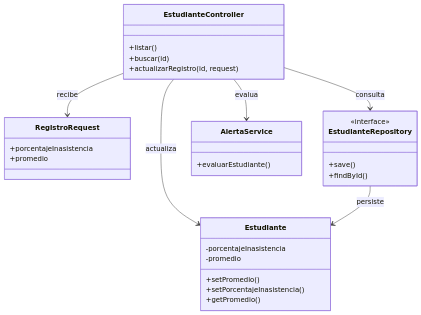
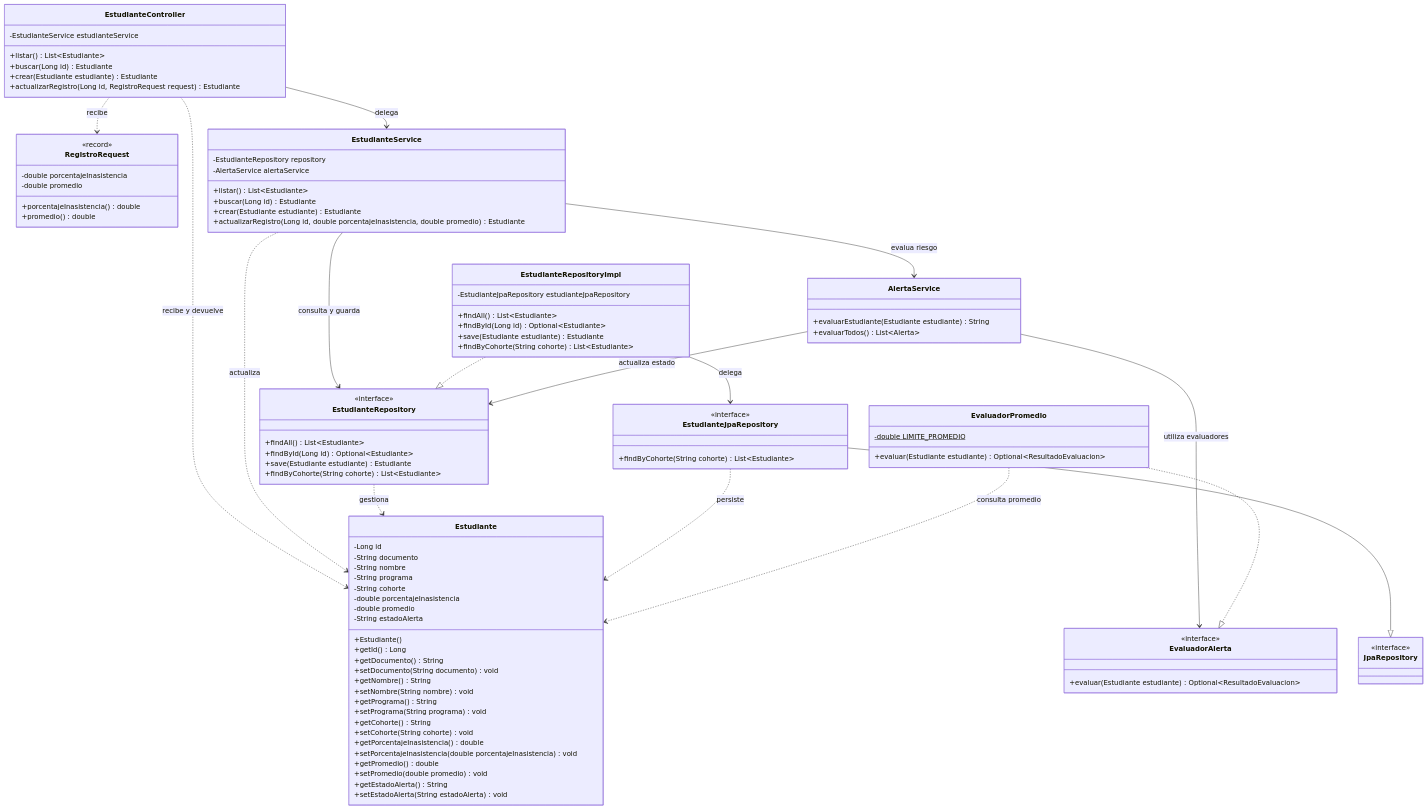
Before and after one commit to darwinvf2765/SATE-UNIAJC: the first of 6 diagrams in docs/diagramas/CLASES_HU05.md, drawn with Mermaid. The commit also changed other lines of this file, not shown here.

Commit message:
docs: actualizar diagrama UML HU05 con arquitectura evolutiva de la sesion 13

````diff
--- a/docs/diagramas/CLASES_HU05.md
+++ b/docs/diagramas/CLASES_HU05.md
@@ -21,37 +107,114 @@
     direction TB
 
     class EstudianteController {
-        +listar()
-        +buscar(id)
-        +actualizarRegistro(id, request)
+        -EstudianteService estudianteService
+        +listar() List~Estudiante~
+        +buscar(Long id) Estudiante
+        +crear(Estudiante estudiante) Estudiante
+        +actualizarRegistro(Long id, RegistroRequest request) Estudiante
     }
 
     class RegistroRequest {
-        +porcentajeInasistencia
-        +promedio
+        <<record>>
+        -double porcentajeInasistencia
+        -double promedio
+        +porcentajeInasistencia() double
+        +promedio() double
+    }
+
+    class EstudianteService {
+        -EstudianteRepository repository
+        -AlertaService alertaService
+        +listar() List~Estudiante~
+        +buscar(Long id) Estudiante
+        +crear(Estudiante estudiante) Estudiante
+        +actualizarRegistro(Long id, double porcentajeInasistencia, double promedio) Estudiante
     }
 
     class Estudiante {
-        -porcentajeInasistencia
-        -promedio
-        +setPromedio()
-        +setPorcentajeInasistencia()
-        +getPromedio()
+        -Long id
+        -String documento
+        -String nombre
+        -String programa
+        -String cohorte
+        -double porcentajeInasistencia
+        -double promedio
+        -String estadoAlerta
+        +Estudiante()
+        +getId() Long
+        +getDocumento() String
+        +setDocumento(String documento) void
+        +getNombre() String
+        +setNombre(String nombre) void
+        +getPrograma() String
+        +setPrograma(String programa) void
+        +getCohorte() String
+        +setCohorte(String cohorte) void
+        +getPorcentajeInasistencia() double
+        +setPorcentajeInasistencia(double porcentajeInasistencia) void
+        +getPromedio() double
+        +setPromedio(double promedio) void
+        +getEstadoAlerta() String
+        +setEstadoAlerta(String estadoAlerta) void
     }
 
     class EstudianteRepository {
         <<interface>>
-        +save()
-        +findById()
+        +findAll() List~Estudiante~
+        +findById(Long id) Optional~Estudiante~
+        +save(Estudiante estudiante) Estudiante
+        +findByCohorte(String cohorte) List~Estudiante~
+    }
+
+    class EstudianteRepositoryImpl {
+        -EstudianteJpaRepository estudianteJpaRepository
+        +findAll() List~Estudiante~
+        +findById(Long id) Optional~Estudiante~
+        +save(Estudiante estudiante) Estudiante
+        +findByCohorte(String cohorte) List~Estudiante~
+    }
+
+    class EstudianteJpaRepository {
+        <<interface>>
+        +findByCohorte(String cohorte) List~Estudiante~
+    }
+
+    class JpaRepository {
+        <<interface>>
     }
 
     class AlertaService {
-        +evaluarEstudiante()
+        +evaluarEstudiante(Estudiante estudiante) String
+        +evaluarTodos() List~Alerta~
     }
 
-    EstudianteController --> RegistroRequest : recibe
-    EstudianteController --> EstudianteRepository : consulta
-    EstudianteController --> AlertaService : evalua
-    EstudianteController --> Estudiante : actualiza
-    EstudianteRepository --> Estudiante : persiste
+    class EvaluadorAlerta {
+        <<interface>>
+        +evaluar(Estudiante estudiante) Optional~ResultadoEvaluacion~
+    }
+
+    class EvaluadorPromedio {
+        -double LIMITE_PROMEDIO$
+        +evaluar(Estudiante estudiante) Optional~ResultadoEvaluacion~
+    }
+
+    EstudianteController --> EstudianteService : delega
+    EstudianteController ..> RegistroRequest : recibe
+    EstudianteController ..> Estudiante : recibe y devuelve
+
+    EstudianteService --> EstudianteRepository : consulta y guarda
+    EstudianteService --> AlertaService : evalua riesgo
+    EstudianteService ..> Estudiante : actualiza
+
+    EstudianteRepositoryImpl ..|> EstudianteRepository
+    EstudianteRepositoryImpl --> EstudianteJpaRepository : delega
+    EstudianteJpaRepository --|> JpaRepository
+
+    EstudianteRepository ..> Estudiante : gestiona
+    EstudianteJpaRepository ..> Estudiante : persiste
+
+    AlertaService --> EstudianteRepository : actualiza estado
+    AlertaService --> EvaluadorAlerta : utiliza evaluadores
+    EvaluadorPromedio ..|> EvaluadorAlerta
+    EvaluadorPromedio ..> Estudiante : consulta promedio
 ```
````
